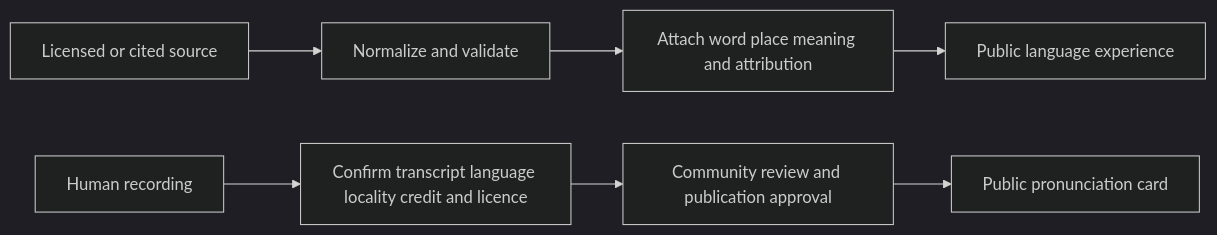
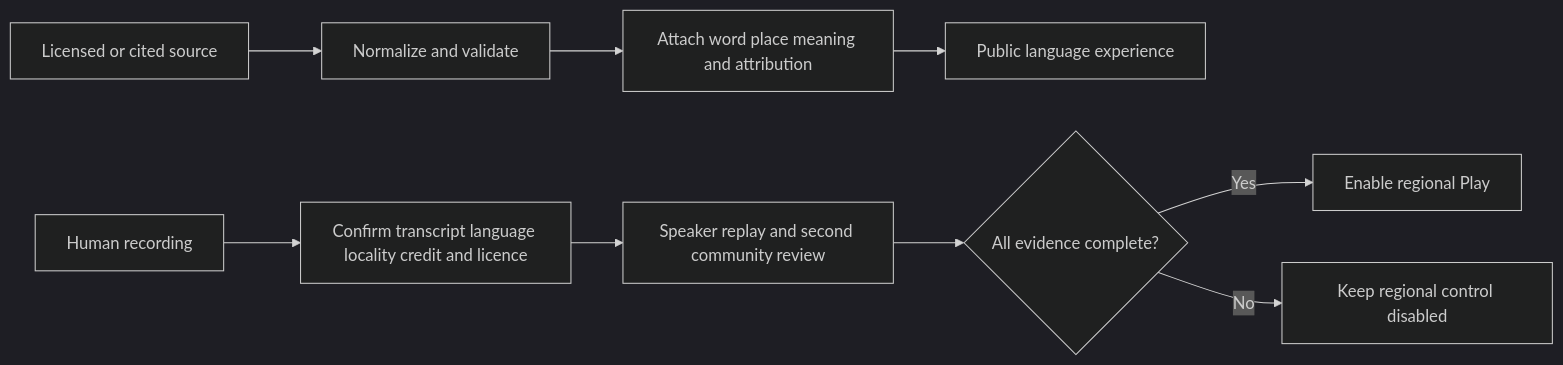
The second of 2 diagrams in docs/ARCHITECTURE.md (DSGAMING98/kannadada-beru), drawn with Mermaid (dark theme) before and after one commit. The commit also changed other lines of this file and 45 other files, not shown here.

````diff
--- a/docs/ARCHITECTURE.md
+++ b/docs/ARCHITECTURE.md
@@ -42,10 +45,12 @@
 ```mermaid
 flowchart LR
     Source[Licensed or cited source] --> Validate[Normalize and validate]
     Validate --> Context[Attach word place meaning and attribution]
     Context --> Experience[Public language experience]
 
     Recording[Human recording] --> Rights[Confirm transcript language locality credit and licence]
-    Rights --> Review[Community review and publication approval]
-    Review --> Player[Public pronunciation card]
+    Rights --> Review[Speaker replay and second community review]
+    Review --> Gate{All evidence complete?}
+    Gate -->|Yes| Player[Enable regional Play]
+    Gate -->|No| Disabled[Keep regional control disabled]
 ```
````
